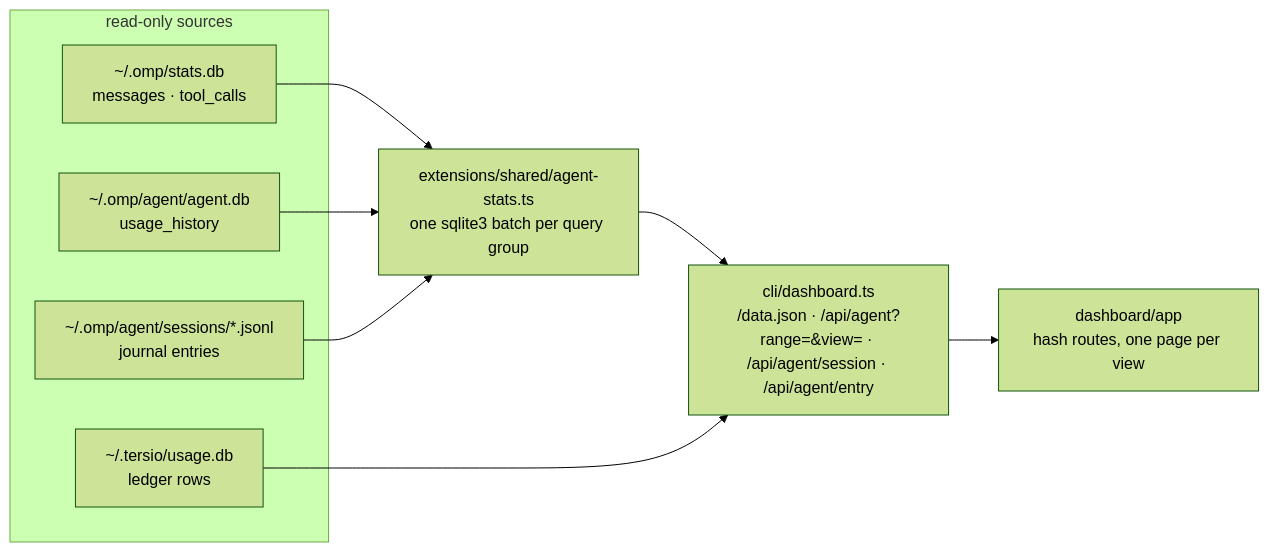
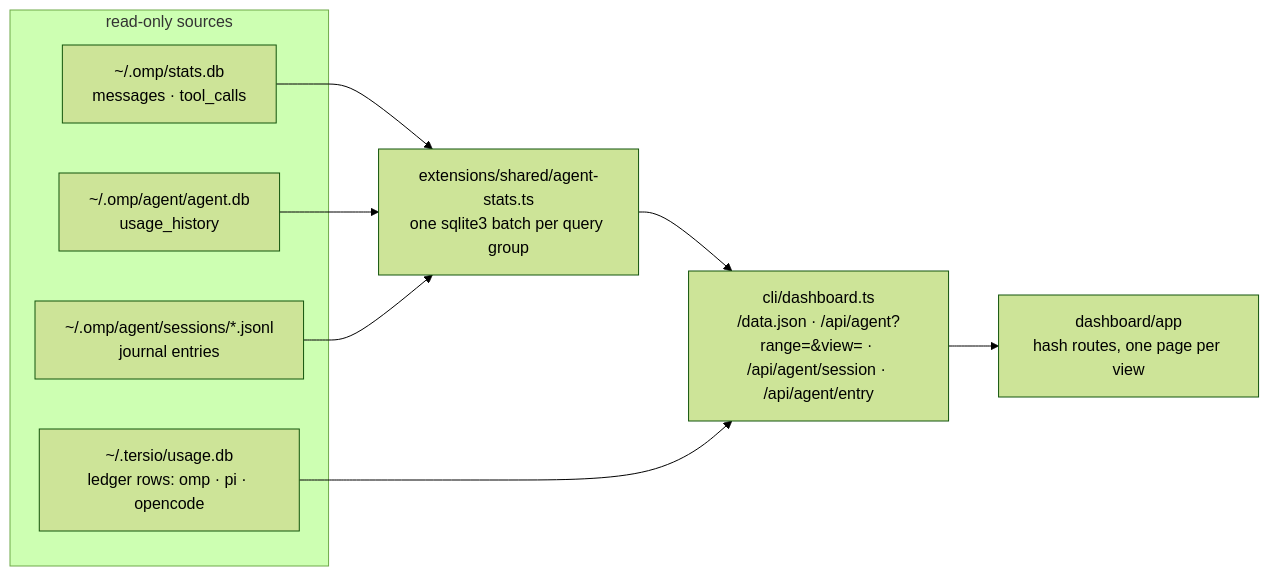
One commit to KurutoDenzeru/tersio changed the third of 3 diagrams in docs/ARCHITECTURE.md. Above: the diagram before and after it, drawn with Mermaid (forest theme). The commit also changed 3 other files, not shown here.

````diff
--- a/docs/ARCHITECTURE.md
+++ b/docs/ARCHITECTURE.md
@@ -71,18 +71,18 @@
 ```mermaid
 flowchart LR
   subgraph SRC["read-only sources"]
     SDB["~/.omp/stats.db<br/>messages · tool_calls"]
     ADB["~/.omp/agent/agent.db<br/>usage_history"]
     JRN["~/.omp/agent/sessions/*.jsonl<br/>journal entries"]
-    UDB["~/.tersio/usage.db<br/>ledger rows"]
+    UDB["~/.tersio/usage.db<br/>ledger rows: omp · pi · opencode"]
   end
   AGG["extensions/shared/agent-stats.ts<br/>one sqlite3 batch per query group"]
   SRV["cli/dashboard.ts<br/>/data.json · /api/agent?range=&view= · /api/agent/session · /api/agent/entry"]
   UI["dashboard/app<br/>hash routes, one page per view"]
   SDB --> AGG
   ADB --> AGG
   JRN --> AGG
   AGG --> SRV
   UDB --> SRV
   SRV --> UI
 ```
````
